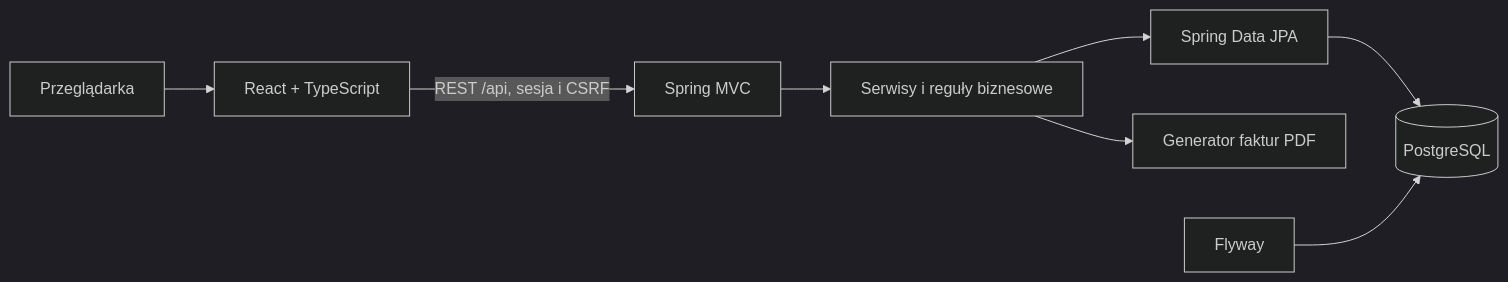
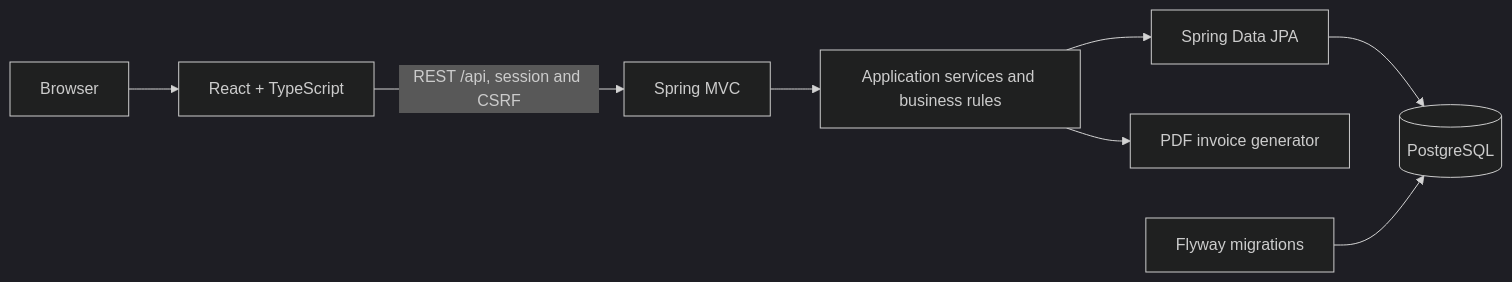
The diagram in README.md (stanislaw-kopec/BookingSystem), drawn with Mermaid (dark theme) before and after one commit. The commit also changed other lines of this file and 3 other files, not shown here.

````diff
--- a/README.md
+++ b/README.md
@@ -83,10 +85,10 @@
 ```mermaid
 flowchart LR
-    U[Przeglądarka] --> R[React + TypeScript]
-    R -->|REST /api, sesja i CSRF| C[Spring MVC]
-    C --> S[Serwisy i reguły biznesowe]
+    U[Browser] --> R[React + TypeScript]
+    R -->|REST /api, session and CSRF| C[Spring MVC]
+    C --> S[Application services and business rules]
     S --> J[Spring Data JPA]
     J --> P[(PostgreSQL)]
-    S --> F[Generator faktur PDF]
-    M[Flyway] --> P
+    S --> F[PDF invoice generator]
+    M[Flyway migrations] --> P
 ```
````
